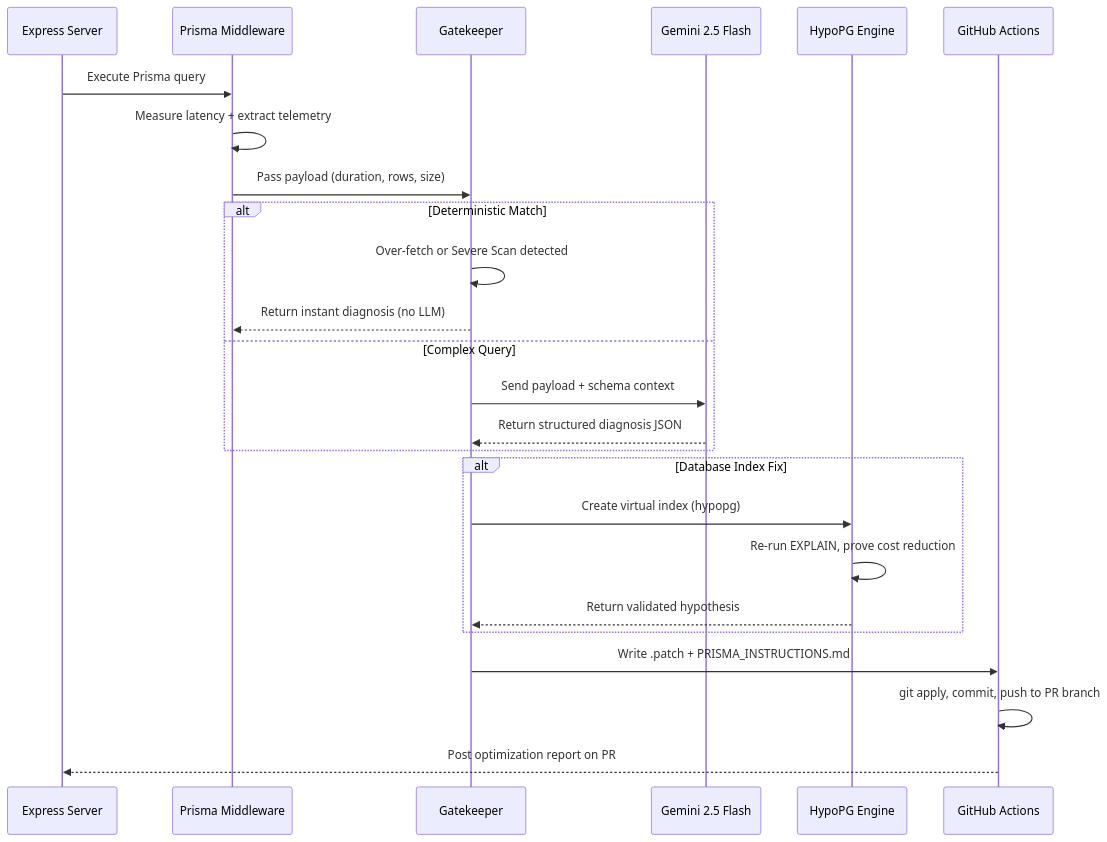
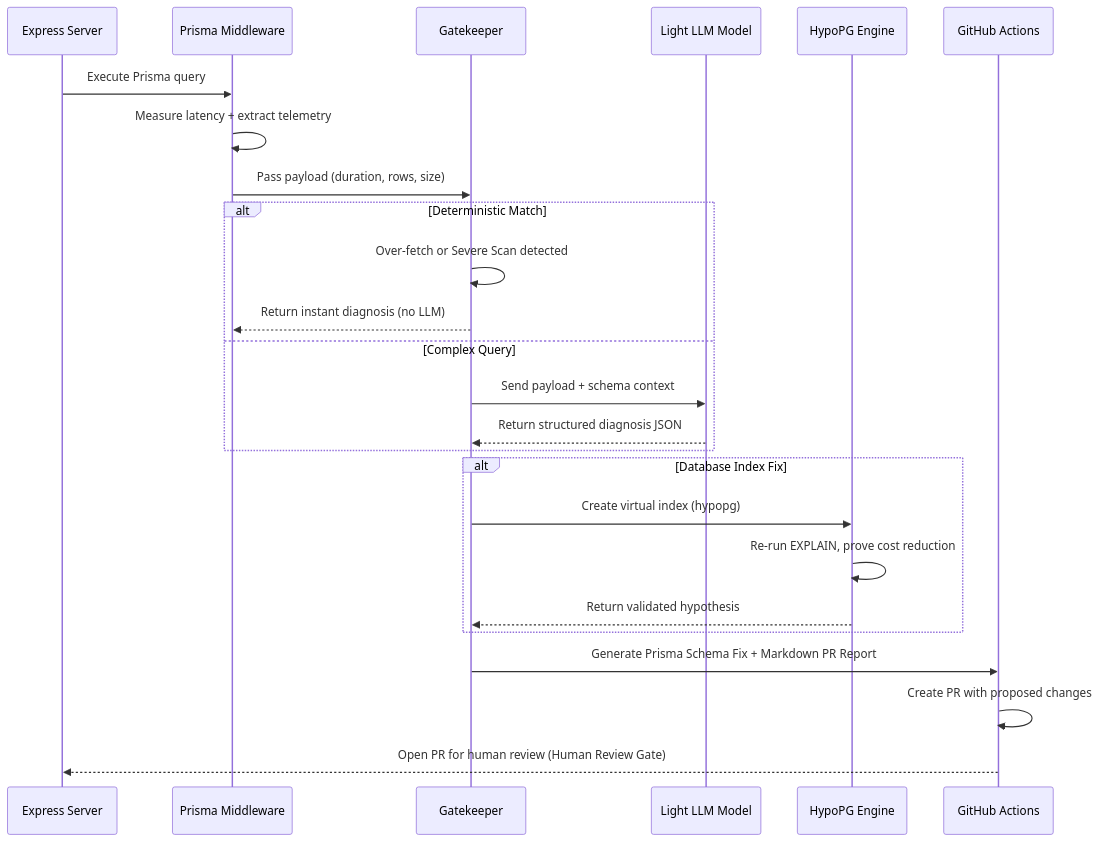
One commit to wazer24/Wrapper_anamoly-detection changed the fourth of 4 diagrams in README.md. Above: the diagram before and after it, drawn with Mermaid. The commit also changed other lines of this file, not shown here.

````diff
--- a/README.md
+++ b/README.md
@@ -131,31 +161,31 @@
 ```mermaid
 sequenceDiagram
     participant App as Express Server
     participant MW as Prisma Middleware
     participant GK as Gatekeeper
-    participant AI as Gemini 2.5 Flash
+    participant AI as Light LLM Model
     participant HP as HypoPG Engine
     participant GH as GitHub Actions
 
     App->>MW: Execute Prisma query
     MW->>MW: Measure latency + extract telemetry
     MW->>GK: Pass payload (duration, rows, size)
 
     alt Deterministic Match
         GK->>GK: Over-fetch or Severe Scan detected
         GK-->>MW: Return instant diagnosis (no LLM)
     else Complex Query
         GK->>AI: Send payload + schema context
         AI-->>GK: Return structured diagnosis JSON
     end
 
     alt Database Index Fix
         GK->>HP: Create virtual index (hypopg)
         HP->>HP: Re-run EXPLAIN, prove cost reduction
         HP-->>GK: Return validated hypothesis
     end
 
-    GK->>GH: Write .patch + PRISMA_INSTRUCTIONS.md
-    GH->>GH: git apply, commit, push to PR branch
-    GH-->>App: Post optimization report on PR
+    GK->>GH: Generate Prisma Schema Fix + Markdown PR Report
+    GH->>GH: Create PR with proposed changes
+    GH-->>App: Open PR for human review (Human Review Gate)
 ```
````
